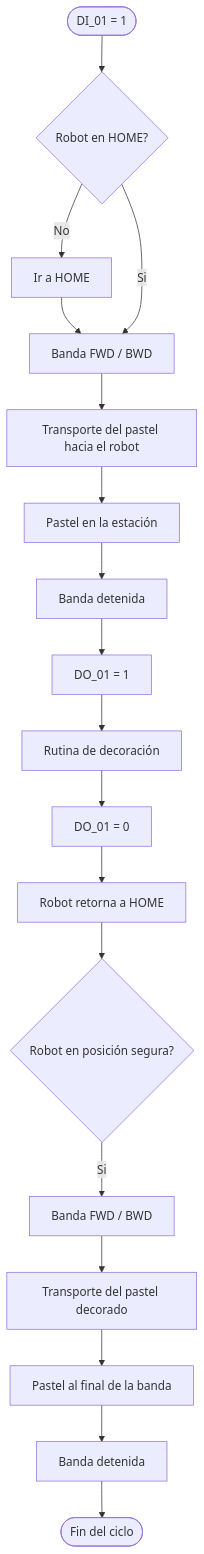
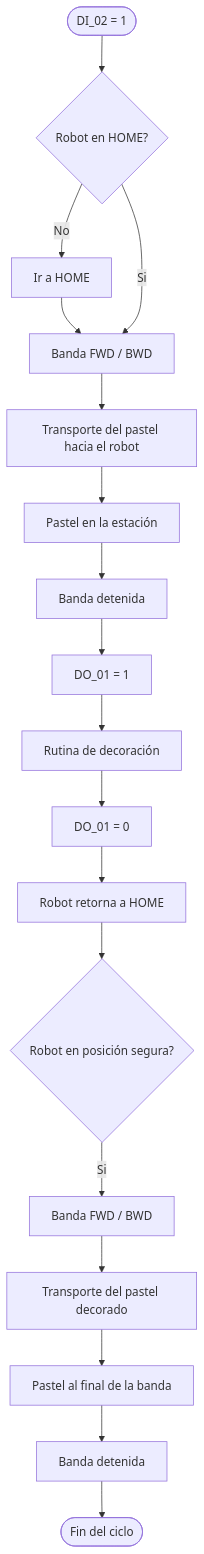
Before and after one commit to labsir-un/Robotica_2026-II_Grupo_3A_Jordan_Vargas: the second of 3 diagrams in Laboratorio No. 01 - Robótica Industrial ABB IRB140 y RobotStudio/README.MD, drawn with Mermaid. The commit also changed other lines of this file, not shown here.

````diff
--- a/Laboratorio No. 01 - Robótica Industrial ABB IRB140 y RobotStudio/README.MD
+++ b/Laboratorio No. 01 - Robótica Industrial ABB IRB140 y RobotStudio/README.MD
@@ -135,19 +135,19 @@
 ```mermaid
 flowchart TD
-    A([DI_01 = 1]) --> B{Robot en HOME?}
+    A([DI_02 = 1]) --> B{Robot en HOME?}
     B -- No --> B1[Ir a HOME] --> C
     B -- Si --> C[Banda FWD / BWD]
     C --> D[Transporte del pastel hacia el robot]
     D --> E[Pastel en la estación]
     E --> F[Banda detenida]
     F --> G["DO_01 = 1"]
     G --> H[Rutina de decoración]
     H --> I["DO_01 = 0"]
     I --> J[Robot retorna a HOME]
     J --> K{Robot en posición segura?}
     K -- Si --> L[Banda FWD / BWD]
     L --> M[Transporte del pastel decorado]
     M --> N[Pastel al final de la banda]
     N --> O[Banda detenida]
     O --> P([Fin del ciclo])
 ```
````
